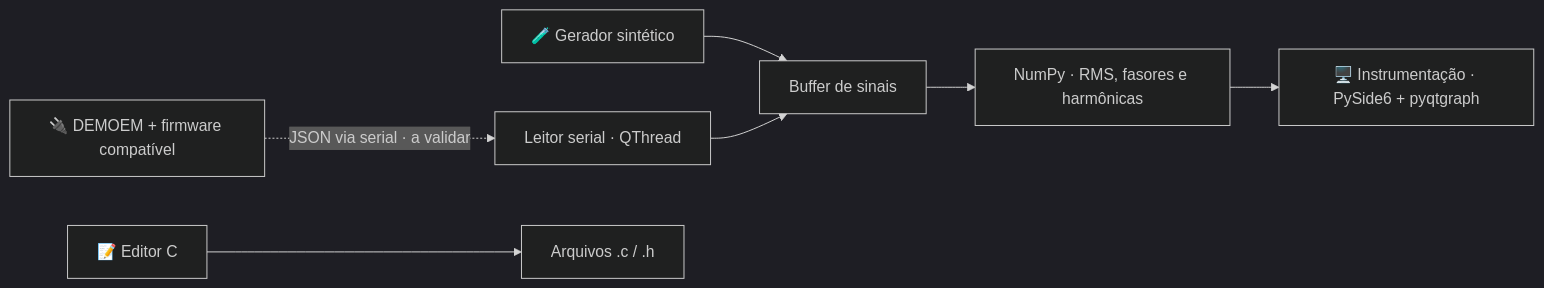
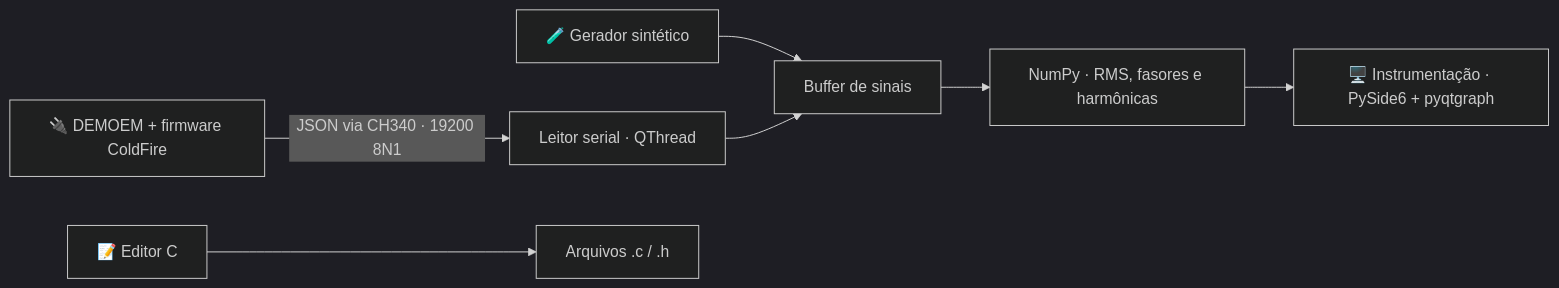
The second of 2 diagrams in README.md (frahncky/PRISMA), drawn with Mermaid (dark theme) before and after one commit. The commit also changed other lines of this file and 21 other files, not shown here.

Commit message:
feat: validar firmware DEMOEM e documentar bancada

````diff
--- a/README.md
+++ b/README.md
@@ -176,9 +176,9 @@
 ```mermaid
 flowchart LR
     DEMO["🧪 Gerador sintético"] --> BUFFER["Buffer de sinais"]
-    BOARD["🔌 DEMOEM + firmware compatível"] -. "JSON via serial · a validar" .-> SERIAL["Leitor serial · QThread"]
+    BOARD["🔌 DEMOEM + firmware ColdFire"] -->|"JSON via CH340 · 19200 8N1"| SERIAL["Leitor serial · QThread"]
     SERIAL --> BUFFER
     BUFFER --> ANALYSIS["NumPy · RMS, fasores e harmônicas"]
     ANALYSIS --> UI["🖥️ Instrumentação · PySide6 + pyqtgraph"]
     EDITOR["📝 Editor C"] --> FILES["Arquivos .c / .h"]
 ```
````
